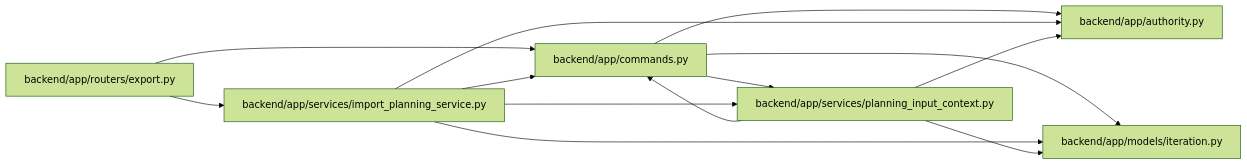
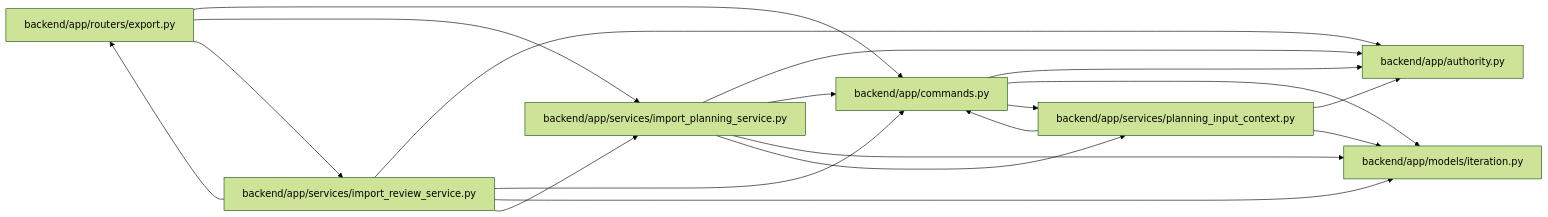
Before and after one commit to Denissvgn/WorkChord: the diagram in docs/llm_wiki/modules/import_planning_service.md, drawn with Mermaid (forest theme). The commit also changed other lines of this file and 791 other files, not shown here.

Commit message:
Sync the architectural wiki for the plan-import dry run

````diff
--- a/docs/llm_wiki/modules/import_planning_service.md
+++ b/docs/llm_wiki/modules/import_planning_service.md
@@ -26,27 +26,35 @@
 ```mermaid
 flowchart LR
     n0["backend/app/authority.py"]
     n1["backend/app/commands.py"]
     n2["backend/app/models/iteration.py"]
     n3["backend/app/routers/export.py"]
     n4["backend/app/services/import_planning_service.py"]
-    n5["backend/app/services/planning_input_context.py"]
+    n5["backend/app/services/import_review_service.py"]
+    n6["backend/app/services/planning_input_context.py"]
     n1 --> n0
     n1 --> n2
-    n1 --> n5
+    n1 --> n6
     n3 --> n1
     n3 --> n4
+    n3 --> n5
     n4 --> n0
     n4 --> n1
     n4 --> n2
-    n4 --> n5
+    n4 --> n6
     n5 --> n0
     n5 --> n1
     n5 --> n2
+    n5 --> n3
+    n5 --> n4
+    n6 --> n0
+    n6 --> n1
+    n6 --> n2
     click n0 "../modules/authority.md"
     click n1 "../modules/commands.md"
     click n2 "../modules/models_iteration.md"
     click n3 "../modules/export.md"
     click n4 "../modules/import_planning_service.md"
-    click n5 "../modules/planning_input_context.md"
+    click n5 "../modules/import_review_service.md"
+    click n6 "../modules/planning_input_context.md"
 ```
````
